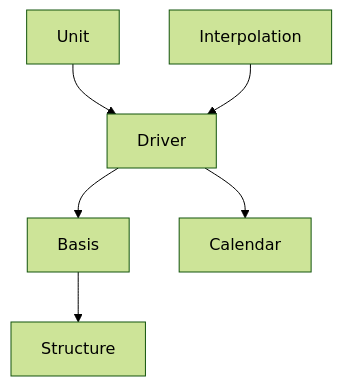
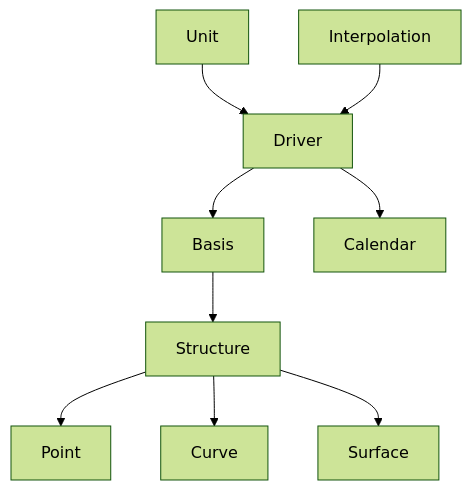
One commit to tristanvandevelde/finstruct changed the diagram in README.md. Above: the diagram before and after it, drawn with Mermaid (forest theme).

````diff
--- a/README.md
+++ b/README.md
@@ -28,8 +28,11 @@
 ```mermaid
 graph TD;
     Unit-->Driver;
     Interpolation-->Driver;
     Driver-->Basis;
+    Driver-->Calendar;
     Basis-->Structure;
-    Driver-->Calendar;
+    Structure-->Point;
+    Structure-->Curve;
+    Structure-->Surface;
 ```
````
